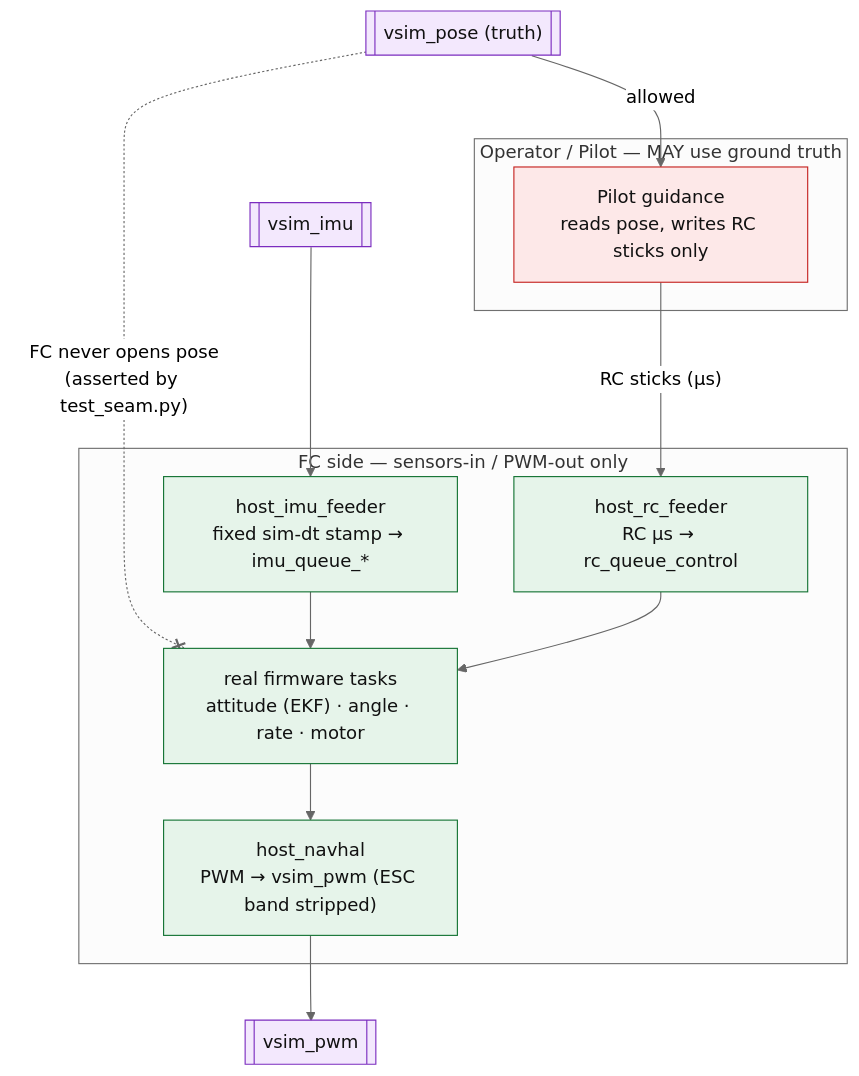
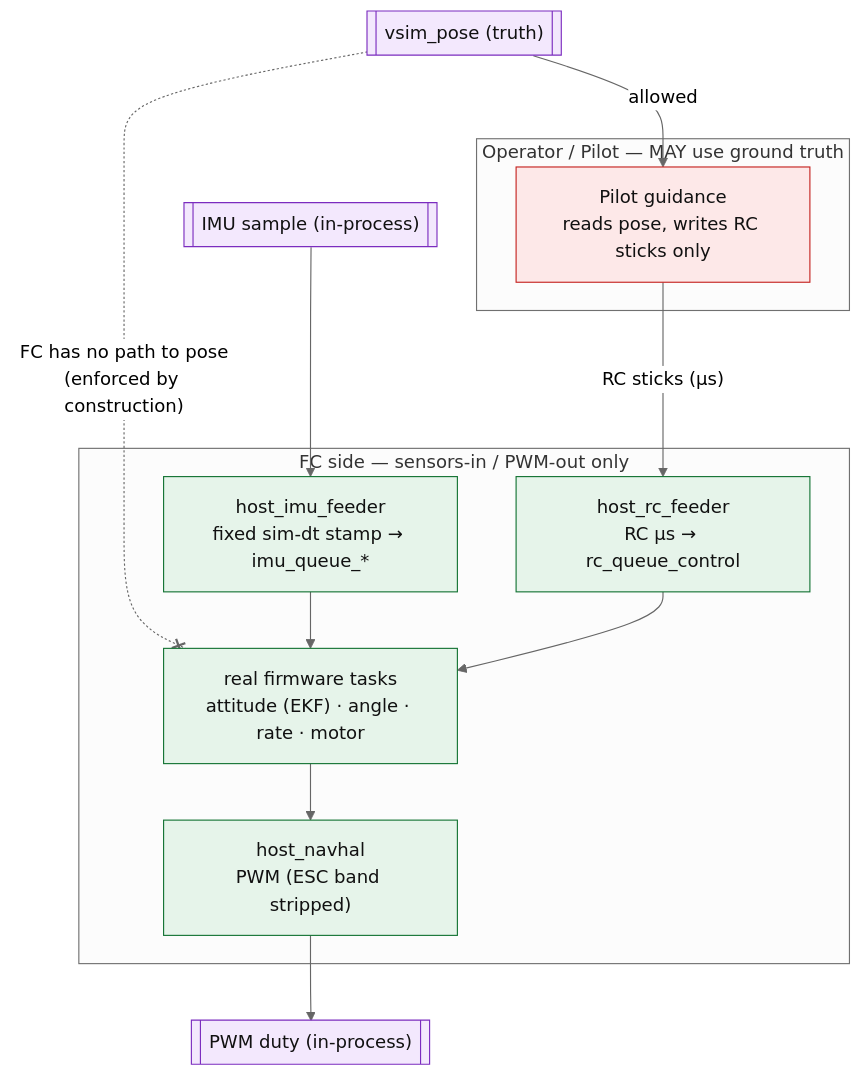
Before and after one commit to ragnar-vallhala/vayu: the third of 5 diagrams in sim/vsim/docs/reference/sim-architecture.md, drawn with Mermaid (neutral theme). The commit also changed other lines of this file and 40 other files, not shown here.

````diff
--- a/sim/vsim/docs/reference/sim-architecture.md
+++ b/sim/vsim/docs/reference/sim-architecture.md
@@ -101,24 +124,24 @@
 ```mermaid
 flowchart TD
     classDef fc fill:#e6f4ea,stroke:#137333,color:#111;
     classDef op fill:#fde8e8,stroke:#c5221f,color:#111;
     classDef pipe fill:#f3e8fd,stroke:#7b2cbf,color:#111;
 
     subgraph FCSIDE ["FC side — sensors-in / PWM-out only"]
         FEED["host_imu_feeder<br/>fixed sim-dt stamp → imu_queue_*"]:::fc
         RCF["host_rc_feeder<br/>RC µs → rc_queue_control"]:::fc
         TASKS["real firmware tasks<br/>attitude (EKF) · angle · rate · motor"]:::fc
-        PWMO["host_navhal<br/>PWM → vsim_pwm (ESC band stripped)"]:::fc
+        PWMO["host_navhal<br/>PWM (ESC band stripped)"]:::fc
     end
     subgraph OPSIDE ["Operator / Pilot — MAY use ground truth"]
         PILOT["Pilot guidance<br/>reads pose, writes RC sticks only"]:::op
     end
 
-    IMU[["vsim_imu"]]:::pipe --> FEED
-    PWMO --> PWM[["vsim_pwm"]]:::pipe
+    IMU[["IMU sample (in-process)"]]:::pipe --> FEED
+    PWMO --> PWM[["PWM duty (in-process)"]]:::pipe
     POSE[["vsim_pose (truth)"]]:::pipe -->|allowed| PILOT
-    POSE -. "FC never opens pose<br/>(asserted by test_seam.py)" .-x TASKS
+    POSE -. "FC has no path to pose<br/>(enforced by construction)" .-x TASKS
     FEED --> TASKS --> PWMO
     RCF --> TASKS
     PILOT -->|"RC sticks (µs)"| RCF
 ```
````
